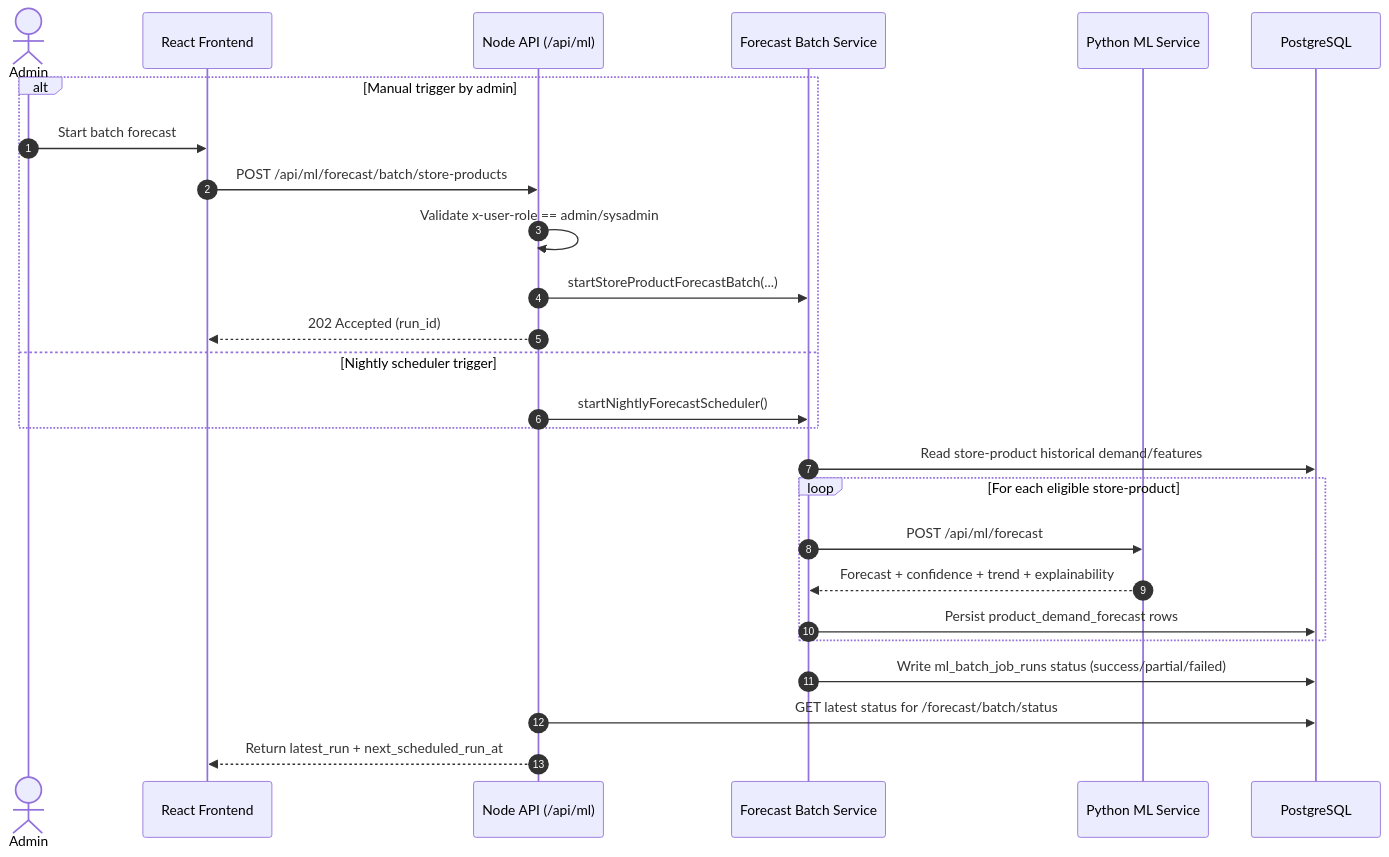
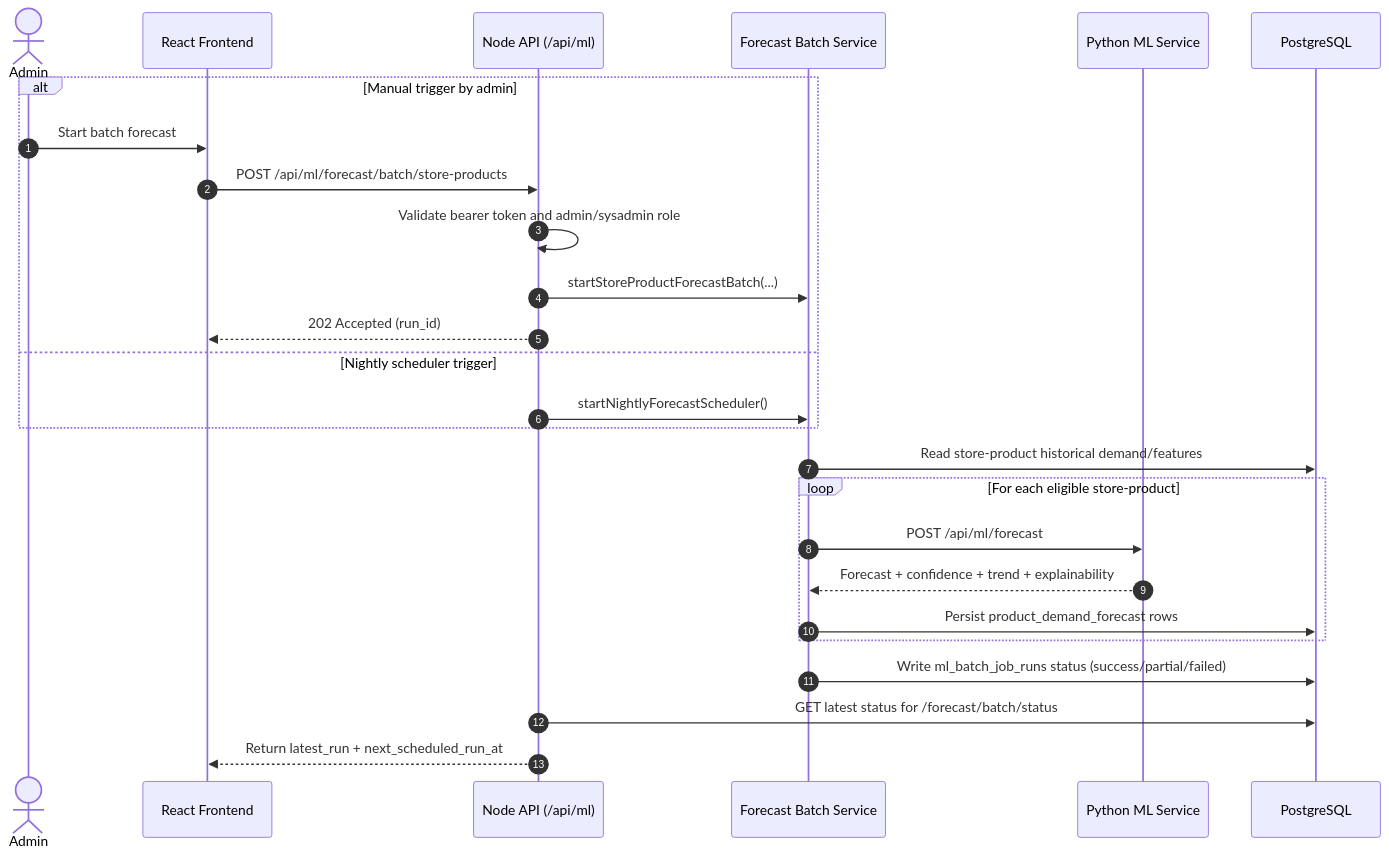
One commit to fulkruhm/podspro changed the third of 6 diagrams in ARCHITECTURE_DIAGRAMS.md. Above: the diagram before and after it, drawn with Mermaid. The commit also changed 25 other files, not shown here.

````diff
--- a/ARCHITECTURE_DIAGRAMS.md
+++ b/ARCHITECTURE_DIAGRAMS.md
@@ -114,31 +114,31 @@
 ```mermaid
 sequenceDiagram
   autonumber
   actor Admin
   participant Browser as React Frontend
   participant API as Node API (/api/ml)
   participant Batch as Forecast Batch Service
   participant ML as Python ML Service
   participant DB as PostgreSQL
 
   alt Manual trigger by admin
     Admin->>Browser: Start batch forecast
     Browser->>API: POST /api/ml/forecast/batch/store-products
-    API->>API: Validate x-user-role == admin/sysadmin
+    API->>API: Validate bearer token and admin/sysadmin role
     API->>Batch: startStoreProductForecastBatch(...)
     API-->>Browser: 202 Accepted (run_id)
   else Nightly scheduler trigger
     API->>Batch: startNightlyForecastScheduler()
   end
 
   Batch->>DB: Read store-product historical demand/features
   loop For each eligible store-product
     Batch->>ML: POST /api/ml/forecast
     ML-->>Batch: Forecast + confidence + trend + explainability
     Batch->>DB: Persist product_demand_forecast rows
   end
 
   Batch->>DB: Write ml_batch_job_runs status (success/partial/failed)
   API->>DB: GET latest status for /forecast/batch/status
   API-->>Browser: Return latest_run + next_scheduled_run_at
 ```
````
